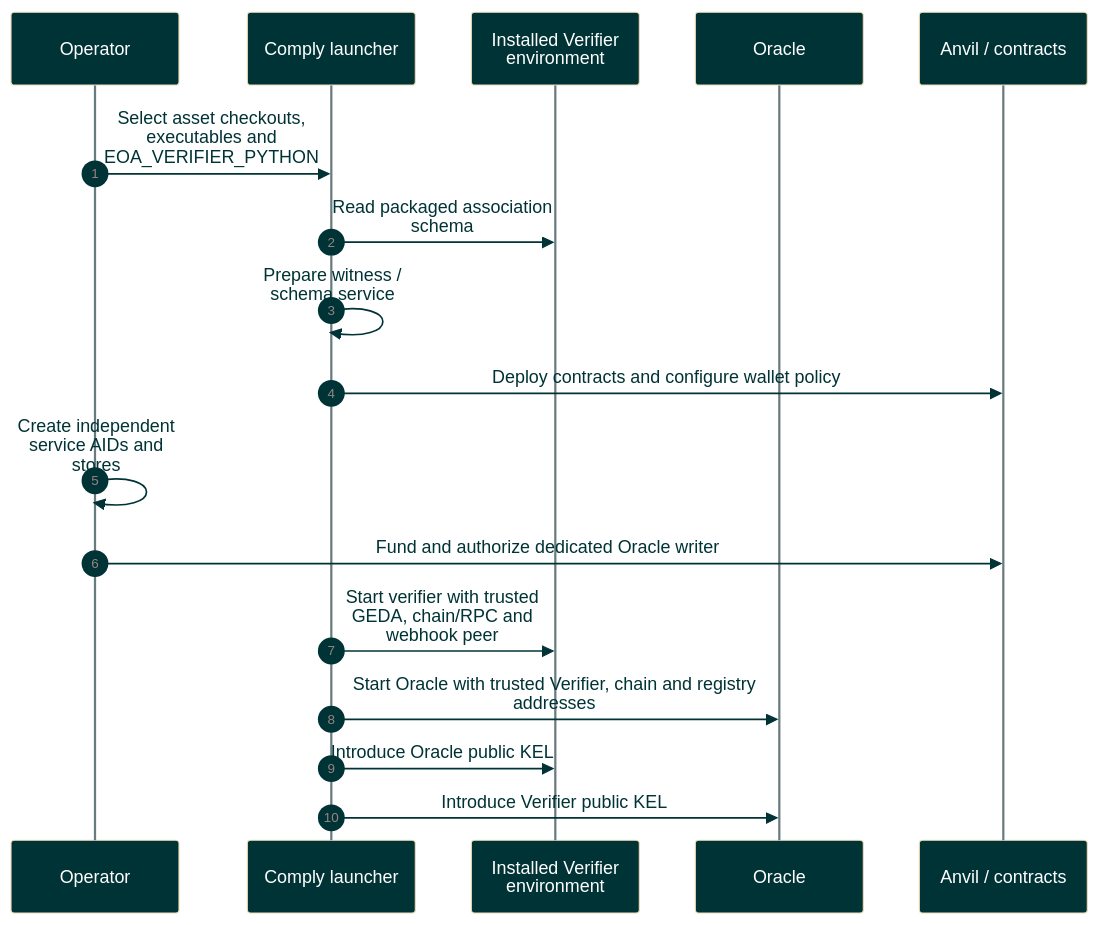
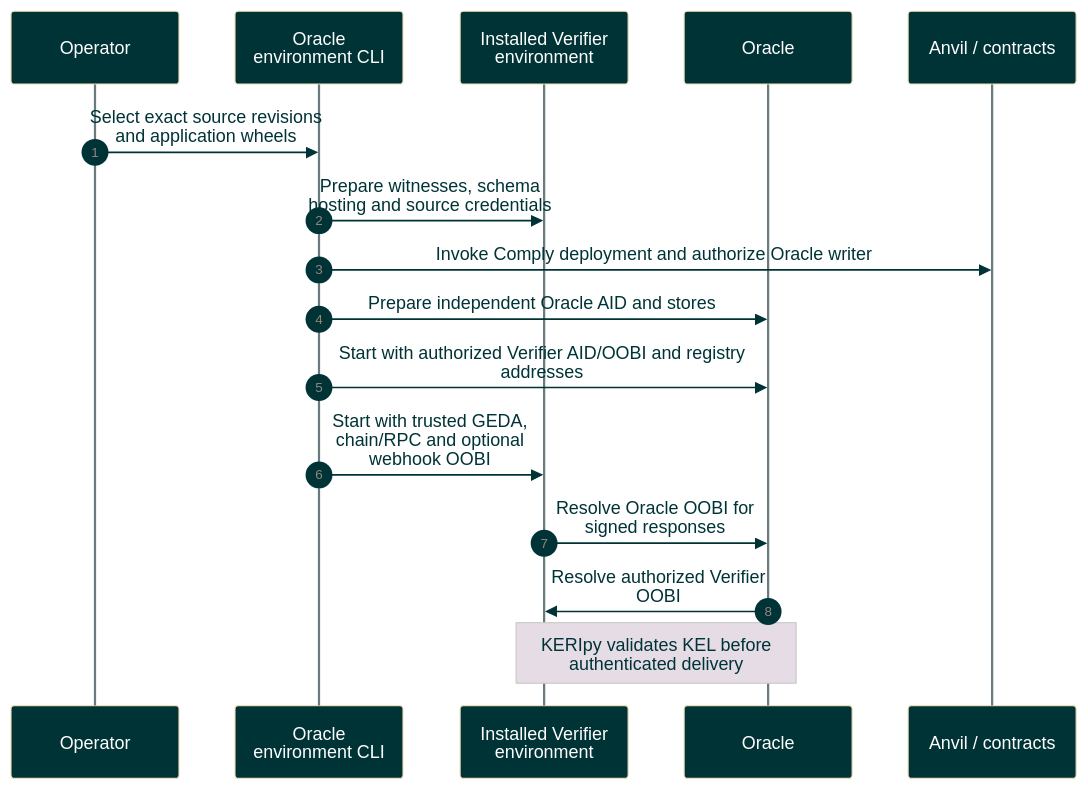
Before and after one commit to GLEIF-IT/vlei-oracle: the diagram in docs/diagrams/sequence/local-setup-sequence.md, drawn with Mermaid. The commit also changed 22 other files, not shown here.

First line of the commit message:
Resolve the authorized Verifier OOBI instead of importing a KEL

````diff
--- a/docs/diagrams/sequence/local-setup-sequence.md
+++ b/docs/diagrams/sequence/local-setup-sequence.md
@@ -10,20 +10,19 @@
 ```mermaid
 %%{init: {"theme":"base","themeVariables":{"actorBkg":"#003336","actorTextColor":"#FFFFFF","signalColor":"#003336","signalTextColor":"#003336","noteBkgColor":"#E5DCE6","noteTextColor":"#003336","loopTextColor":"#003336","labelTextColor":"#003336","labelBoxBkgColor":"#DFFBC0","labelBoxBorderColor":"#6A7B7F","actorLineColor":"#6A7B7F","lineColor":"#6A7B7F"},"sequence":{"mirrorActors":true,"wrap":true}}}%%
 sequenceDiagram
     autonumber
     participant U as Operator
-    participant L as Comply launcher
+    participant L as Oracle environment CLI
     participant V as Installed Verifier environment
     participant O as Oracle
     participant C as Anvil / contracts
-    U->>L: Select asset checkouts, executables and EOA_VERIFIER_PYTHON
-    L->>V: Read packaged association schema
-    L->>L: Prepare witness / schema service
-    L->>C: Deploy contracts and configure wallet policy
-    U->>U: Create independent service AIDs and stores
-    U->>C: Fund and authorize dedicated Oracle writer
-    L->>V: Start verifier with trusted GEDA, chain/RPC and webhook peer
-    L->>O: Start Oracle with trusted Verifier, chain and registry addresses
-    L->>V: Introduce Oracle public KEL
-    L->>O: Introduce Verifier public KEL
+    U->>L: Select exact source revisions and application wheels
+    L->>V: Prepare witnesses, schema hosting and source credentials
+    L->>C: Invoke Comply deployment and authorize Oracle writer
+    L->>O: Prepare independent Oracle AID and stores
+    L->>O: Start with authorized Verifier AID/OOBI and registry addresses
+    L->>V: Start with trusted GEDA, chain/RPC and optional webhook OOBI
+    V->>O: Resolve Oracle OOBI for signed responses
+    O->>V: Resolve authorized Verifier OOBI
+    Note over V,O: KERIpy validates KEL before authenticated delivery
 ```
````
